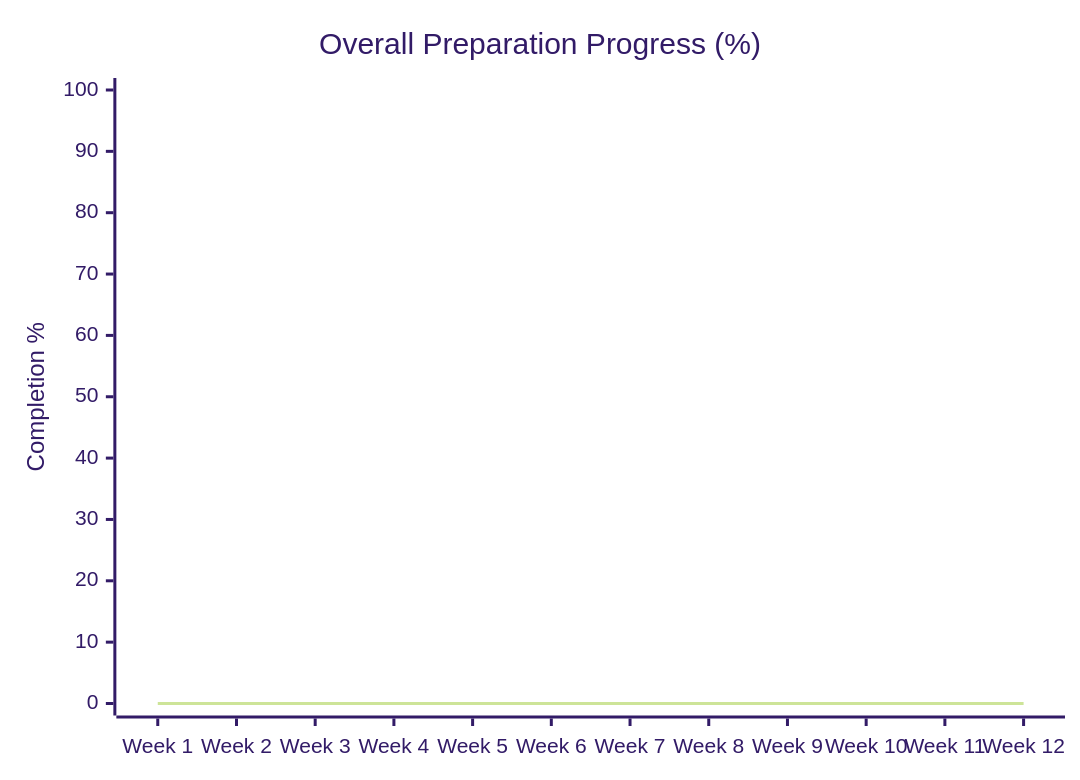
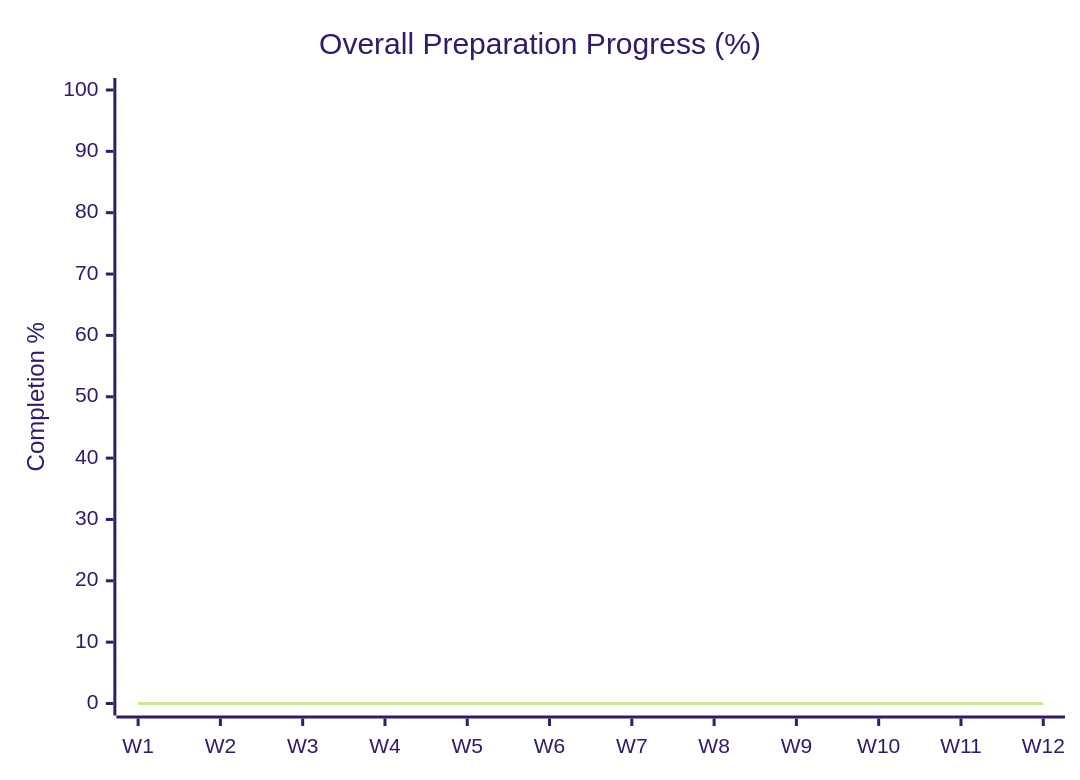
The first of 3 diagrams in README.md (dhanwantanishka/JENKINS-GSoC-2026), drawn with Mermaid (forest theme) before and after one commit. The commit also changed other lines of this file, not shown here.

````diff
--- a/README.md
+++ b/README.md
@@ -413,7 +413,7 @@
 ```mermaid
 xychart-beta
     title "Overall Preparation Progress (%)"
-    x-axis ["Week 1","Week 2","Week 3","Week 4","Week 5","Week 6","Week 7","Week 8","Week 9","Week 10","Week 11","Week 12"]
+    x-axis ["W1","W2","W3","W4","W5","W6","W7","W8","W9","W10","W11","W12"]
     y-axis "Completion %" 0 --> 100
-    line [0, 0, 0, 0, 0, 0, 0, 0, 0, 0, 0, 0]
+    line [0,0,0,0,0,0,0,0,0,0,0,0]
 ```
````
